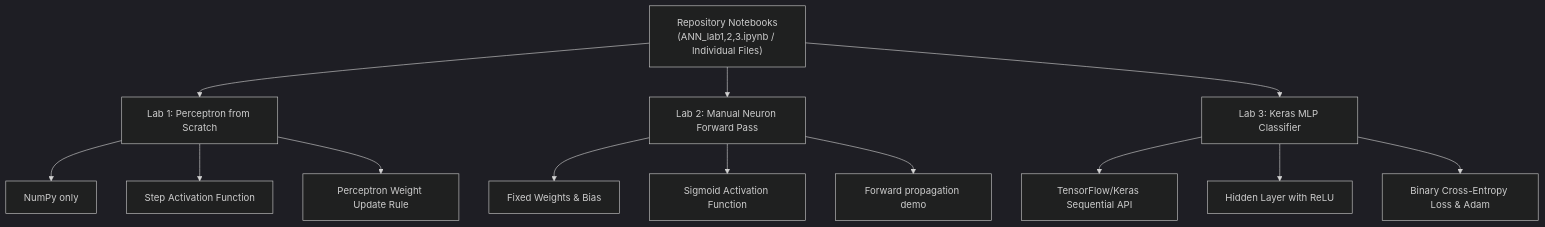
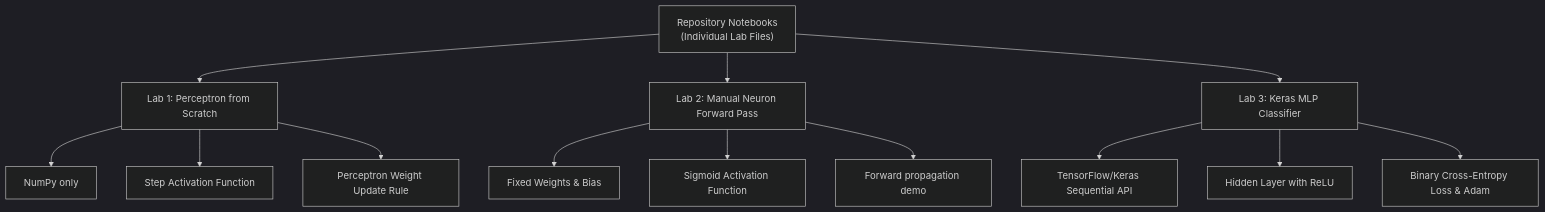
The diagram in README.md (heavens7above/annlab123), drawn with Mermaid (dark theme) before and after one commit. The commit also changed other lines of this file and 1 other file, not shown here.

````diff
--- a/README.md
+++ b/README.md
@@ -40,18 +39,18 @@
 ```mermaid
 graph TD
-    A["Repository Notebooks<br>(ANN_lab1,2,3.ipynb / Individual Files)"] --> B[Lab 1: Perceptron from Scratch]
+    A["Repository Notebooks<br>(Individual Lab Files)"] --> B[Lab 1: Perceptron from Scratch]
     A --> C[Lab 2: Manual Neuron Forward Pass]
     A --> D[Lab 3: Keras MLP Classifier]
     
     B --> B1[NumPy only]
     B --> B2[Step Activation Function]
     B --> B3[Perceptron Weight Update Rule]
     
     C --> C1[Fixed Weights & Bias]
     C --> C2[Sigmoid Activation Function]
     C --> C3[Forward propagation demo]
     
     D --> D1[TensorFlow/Keras Sequential API]
     D --> D2[Hidden Layer with ReLU]
     D --> D3[Binary Cross-Entropy Loss & Adam]
 ```
````
